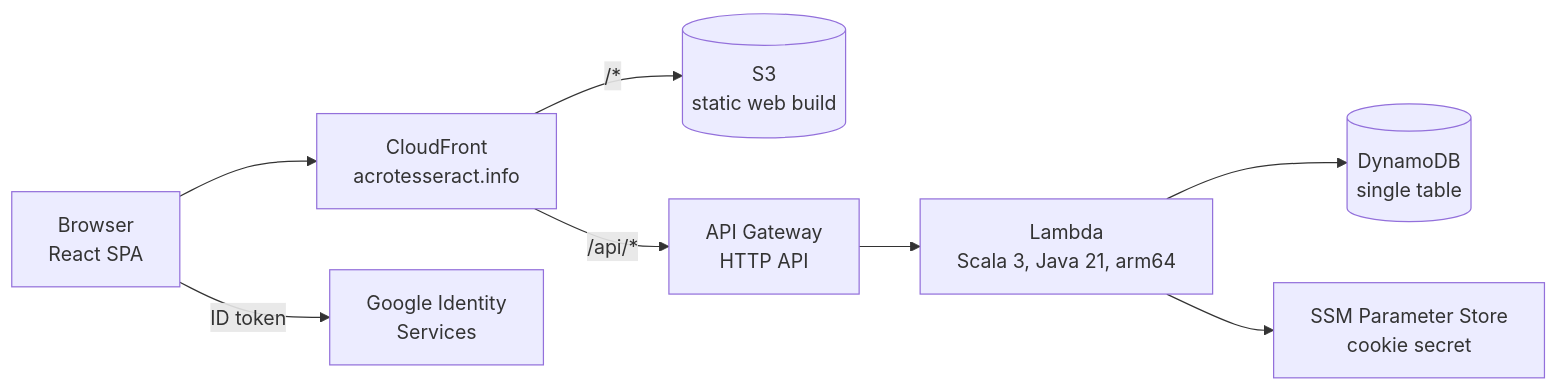
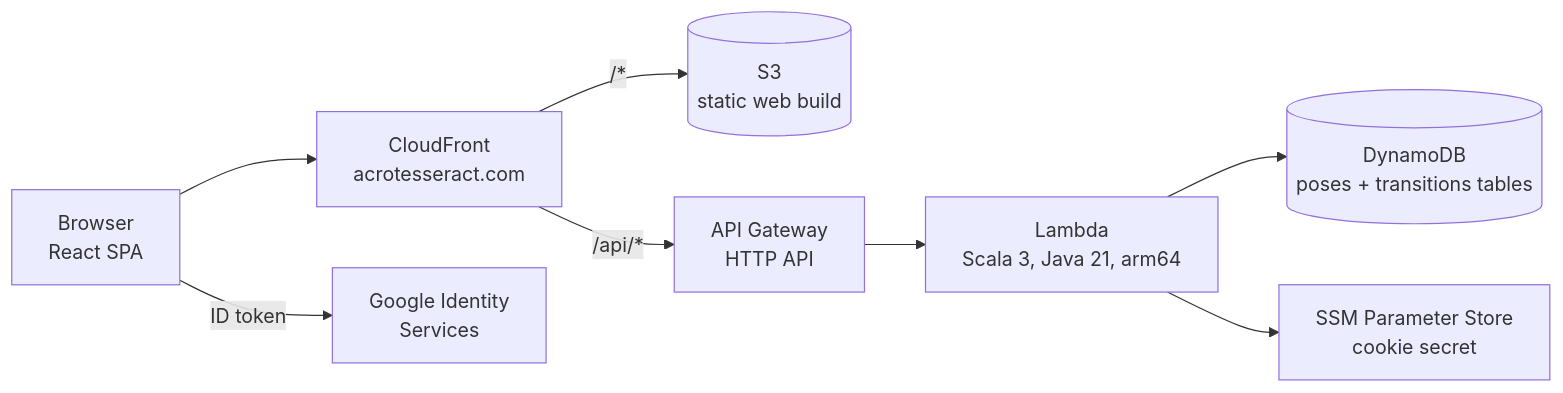
One commit to AndrewKL/acrotesseract changed the first of 2 diagrams in docs/acrotesseract-modernization.md. Above: the diagram before and after it, drawn with Mermaid. The commit also changed other lines of this file and 2 other files, not shown here.

First line of the commit message:
Update README and design docs for DynamoDB, the write API and the domain

````diff
--- a/docs/acrotesseract-modernization.md
+++ b/docs/acrotesseract-modernization.md
@@ -91,10 +112,10 @@
 ```mermaid
 flowchart LR
-    U[Browser<br/>React SPA] --> CF[CloudFront<br/>acrotesseract.info]
+    U[Browser<br/>React SPA] --> CF[CloudFront<br/>acrotesseract.com]
     CF -->|/*| S3[(S3<br/>static web build)]
     CF -->|/api/*| API[API Gateway<br/>HTTP API]
     API --> L[Lambda<br/>Scala 3, Java 21, arm64]
-    L --> DDB[(DynamoDB<br/>single table)]
+    L --> DDB[(DynamoDB<br/>poses + transitions tables)]
     L --> SSM[SSM Parameter Store<br/>cookie secret]
     U -->|ID token| G[Google Identity<br/>Services]
 ```
````
